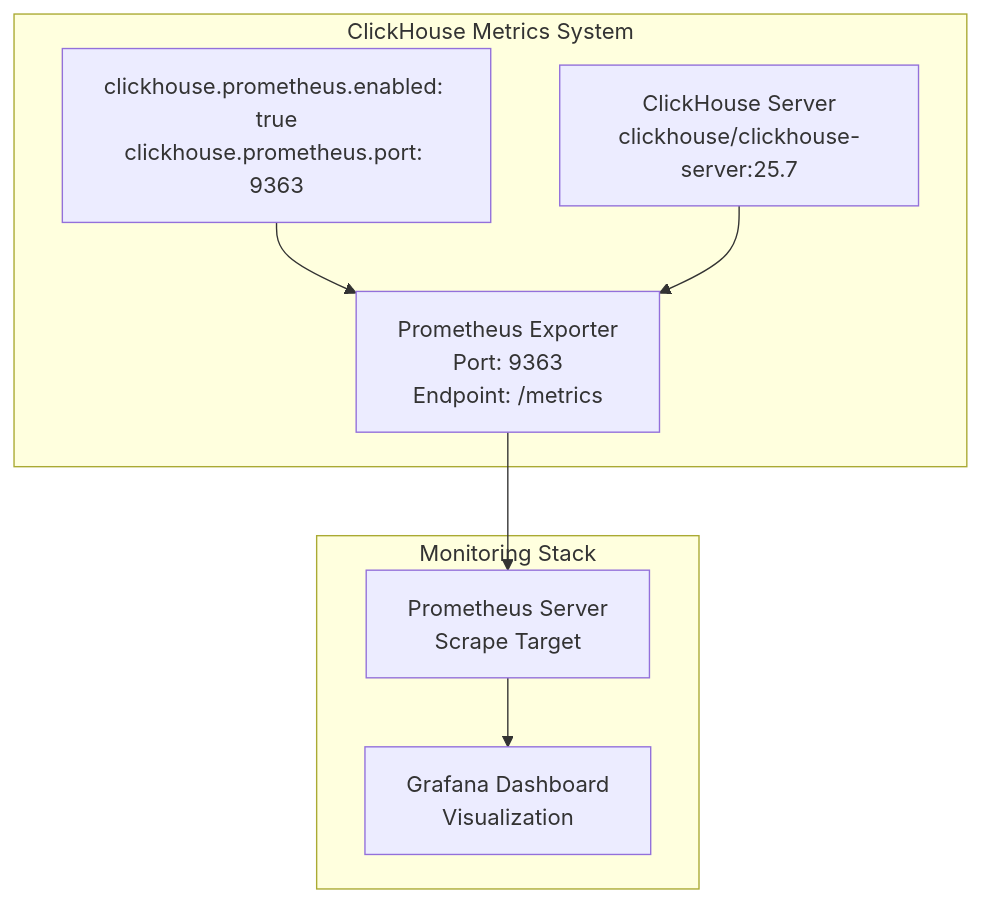
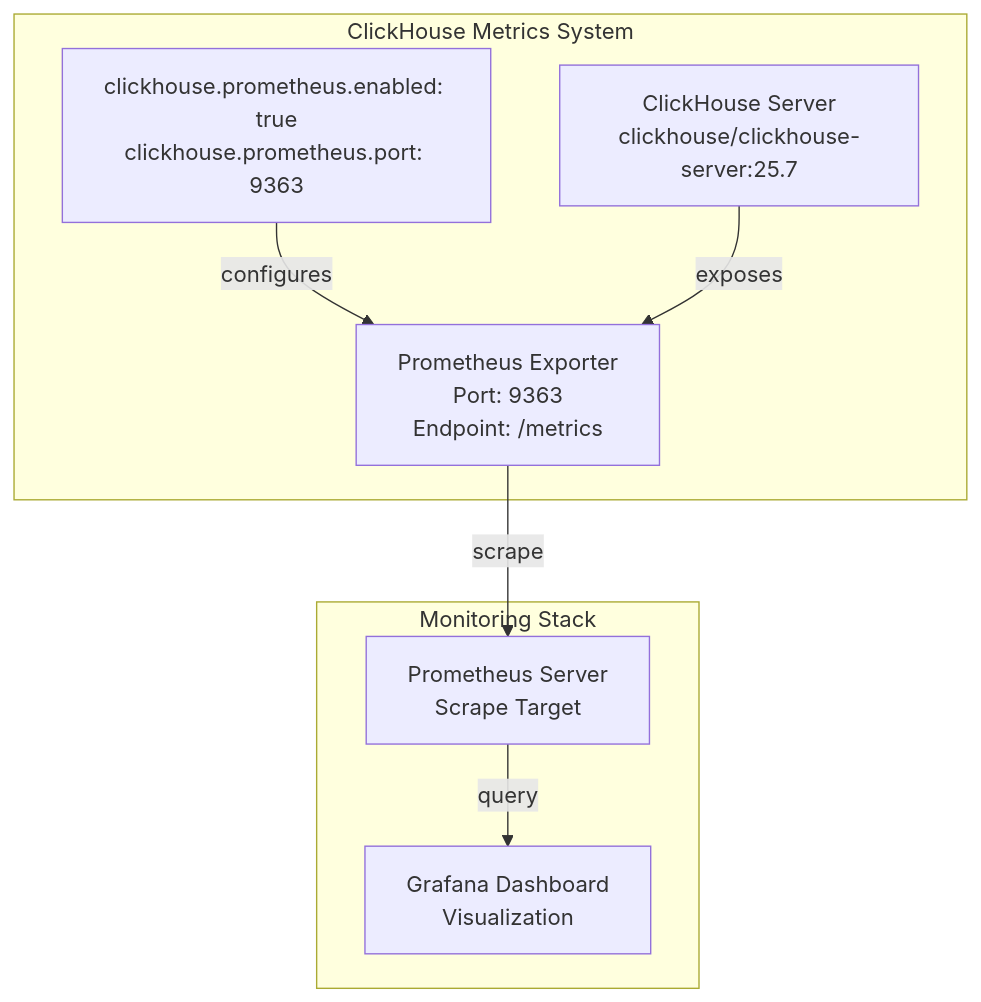
The third of 10 diagrams in docs/hyperdxio-helm-charts-docs/Operations-and-Maintenance.md (openchoreo/openchoreo), drawn with Mermaid before and after one commit. The commit also changed other lines of this file and 85 other files, not shown here.

Commit message:
feat: Add new workflow and specification templates, update Helm chart dependencies, and clarify documentation diagrams.

````diff
--- a/docs/hyperdxio-helm-charts-docs/Operations-and-Maintenance.md
+++ b/docs/hyperdxio-helm-charts-docs/Operations-and-Maintenance.md
@@ -187,25 +187,25 @@
 ```mermaid
 flowchart TD
 
 CH["ClickHouse Server<br>clickhouse/clickhouse-server:25.7"]
 PrometheusExporter["Prometheus Exporter<br>Port: 9363<br>Endpoint: /metrics"]
 Config["clickhouse.prometheus.enabled: true<br>clickhouse.prometheus.port: 9363"]
 Prometheus["Prometheus Server<br>Scrape Target"]
 Grafana["Grafana Dashboard<br>Visualization"]
 
-PrometheusExporter --> Prometheus
+PrometheusExporter -->|"scrape"| Prometheus
 
 subgraph subGraph1 ["Monitoring Stack"]
     Prometheus
     Grafana
-    Prometheus --> Grafana
+    Prometheus -->|"query"| Grafana
 end
 
 subgraph subGraph0 ["ClickHouse Metrics System"]
     CH
     PrometheusExporter
     Config
-    Config --> PrometheusExporter
-    CH --> PrometheusExporter
+    Config -->|"configures"| PrometheusExporter
+    CH -->|"exposes"| PrometheusExporter
 end
 ```
````
